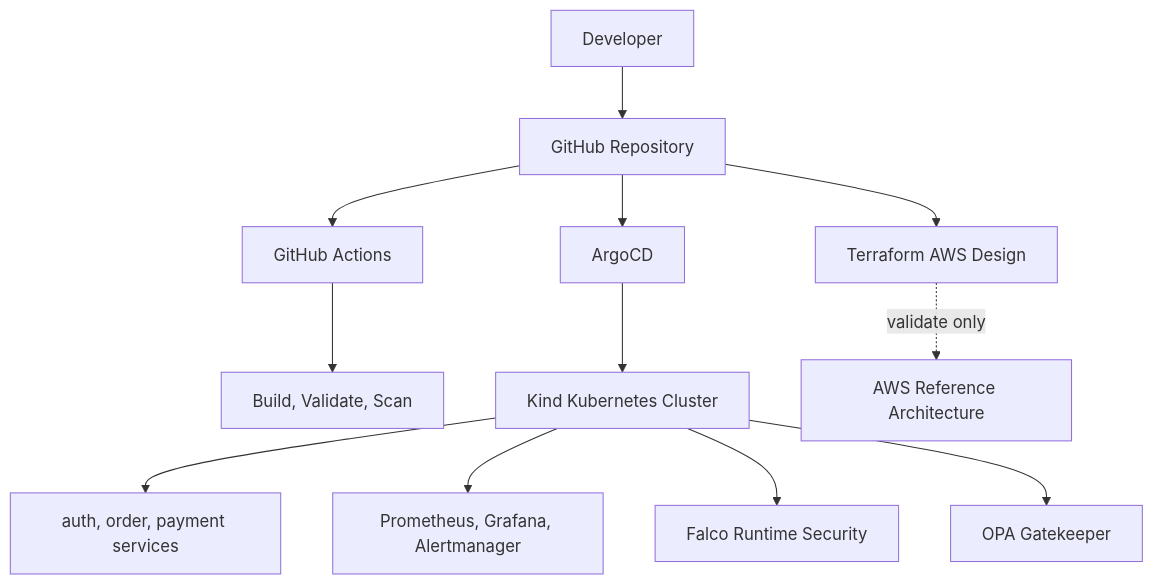
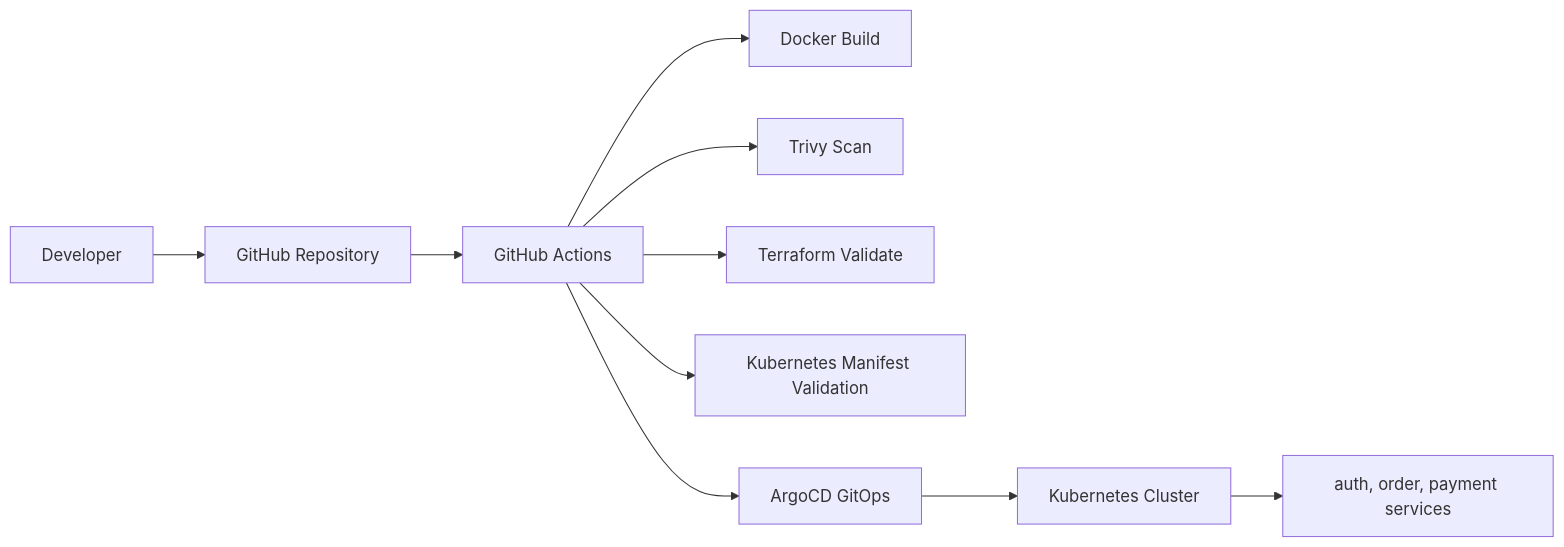
One commit to AssassinSaurabh/enterprise-devsecops-platform changed the second of 2 diagrams in README.md. Above: the diagram before and after it, drawn with Mermaid. The commit also changed other lines of this file and 7 other files, not shown here.

````diff
--- a/README.md
+++ b/README.md
@@ -52,17 +130,12 @@
 ```mermaid
-flowchart TB
-  Dev["Developer"] --> GitHub["GitHub Repository"]
+flowchart LR
+  Developer["Developer"] --> GitHub["GitHub Repository"]
   GitHub --> Actions["GitHub Actions"]
-  GitHub --> ArgoCD["ArgoCD"]
-
-  Actions --> CIChecks["Build, Validate, Scan"]
-  ArgoCD --> Kind["Kind Kubernetes Cluster"]
-
-  Kind --> Apps["auth, order, payment services"]
-  Kind --> Monitoring["Prometheus, Grafana, Alertmanager"]
-  Kind --> Falco["Falco Runtime Security"]
-  Kind --> Gatekeeper["OPA Gatekeeper"]
-
-  GitHub --> Terraform["Terraform AWS Design"]
-  Terraform -. "validate only" .-> AWS["AWS Reference Architecture"]
+  Actions --> Build["Docker Build"]
+  Actions --> Scan["Trivy Scan"]
+  Actions --> Terraform["Terraform Validate"]
+  Actions --> K8s["Kubernetes Manifest Validation"]
+  Actions --> ArgoCD["ArgoCD GitOps"]
+  ArgoCD --> Cluster["Kubernetes Cluster"]
+  Cluster --> Services["auth, order, payment services"]
 ```
````
